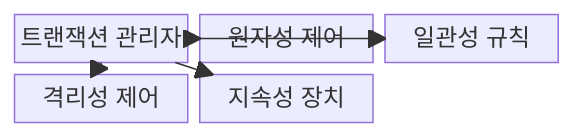
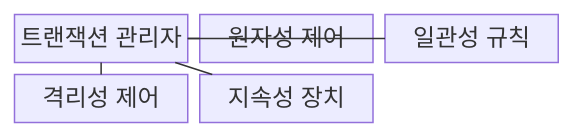
One commit to agnusdei1207/knowledge-base changed the first of 2 diagrams in src/content/docs/notes/03-software/085_transaction_acid.md. Above: the diagram before and after it, drawn with Mermaid. The commit also changed other lines of this file and 493 other files, not shown here.

````diff
--- a/src/content/docs/notes/03-software/085_transaction_acid.md
+++ b/src/content/docs/notes/03-software/085_transaction_acid.md
@@ -69,13 +69,13 @@
 ```mermaid
-block
+block-beta
   columns 3
   T["트랜잭션 관리자"]
   A["원자성 제어"]
   C["일관성 규칙"]
   I["격리성 제어"]
   D["지속성 장치"]
-  T --> A
-  T --> C
-  T --> I
-  T --> D
+  T --- A
+  T --- C
+  T --- I
+  T --- D
 ```
````
